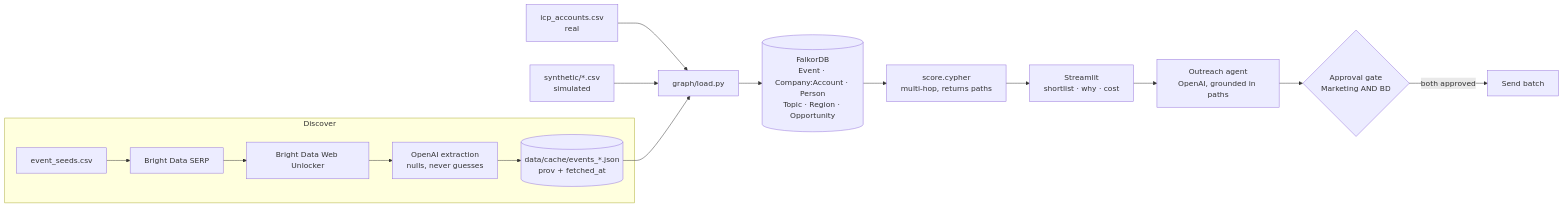
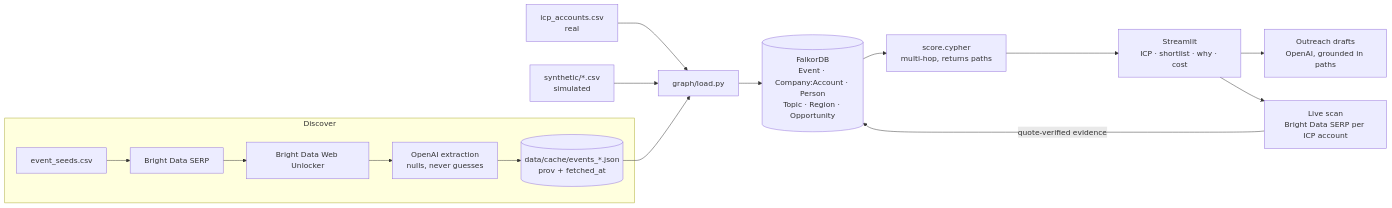
Before and after one commit to liviaguo/patchconference-conferenceOS: the diagram in README.md, drawn with Mermaid. The commit also changed 2 other files, not shown here.

Commit message:
feat: calm light UI; drop the approval step from the app
- light theme (slate primary, off-white background), minimal toolbar, softer
  tabs/metrics/expanders; no red buttons or emoji status markers
- provenance shown as words + a muted color legend
- approvals tab removed (not a real workflow for this user); Outreach is now
  draft -> edit -> download CSV, per selected event. gate.py stays as a library.
- README diagram updated: live scan feeds the graph; no approval gate

````diff
--- a/README.md
+++ b/README.md
@@ -42,18 +42,18 @@
 ```mermaid
 flowchart LR
   subgraph Discover
     S[event_seeds.csv] --> SERP[Bright Data SERP]
     SERP --> UNL[Bright Data Web Unlocker]
     UNL --> EX[OpenAI extraction<br/>nulls, never guesses]
     EX --> C[(data/cache/events_*.json<br/>prov + fetched_at)]
   end
   ICP[icp_accounts.csv<br/>real] --> L
   SYN[synthetic/*.csv<br/>simulated] --> L
   C --> L[graph/load.py]
   L --> G[(FalkorDB<br/>Event · Company:Account · Person<br/>Topic · Region · Opportunity)]
   G --> Q[score.cypher<br/>multi-hop, returns paths]
-  Q --> UI[Streamlit<br/>shortlist · why · cost]
-  UI --> AG[Outreach agent<br/>OpenAI, grounded in paths]
-  AG --> GATE{Approval gate<br/>Marketing AND BD}
-  GATE -->|both approved| SEND[Send batch]
+  Q --> UI[Streamlit<br/>ICP · shortlist · why · cost]
+  UI --> AG[Outreach drafts<br/>OpenAI, grounded in paths]
+  UI --> LIVE[Live scan<br/>Bright Data SERP per ICP account]
+  LIVE -->|quote-verified evidence| G
 ```
````
